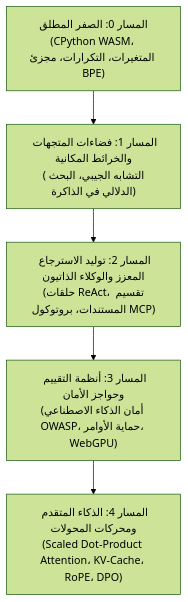
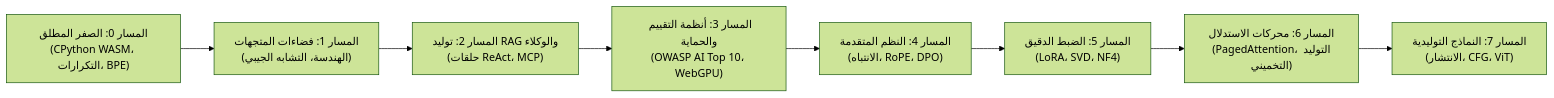
One commit to Adilrafiq001/OpenGuideForAI changed the diagram in docs/translations/README_ar.md. Above: the diagram before and after it, drawn with Mermaid (forest theme). The commit also changed other lines of this file and 45 other files, not shown here.

````diff
--- a/docs/translations/README_ar.md
+++ b/docs/translations/README_ar.md
@@ -100,10 +100,13 @@
 ```mermaid
-graph TD
-    T0["المسار 0: الصفر المطلق<br/>(CPython WASM، المتغيرات، التكرارات، مجزئ BPE)"]
-    T1["المسار 1: فضاءات المتجهات والخرائط المكانية<br/>(التشابه الجيبي، البحث الدلالي في الذاكرة)"]
-    T2["المسار 2: توليد الاسترجاع المعزز والوكلاء الذاتيون<br/>(حلقات ReAct، تقسيم المستندات، بروتوكول MCP)"]
-    T3["المسار 3: أنظمة التقييم وحواجز الأمان<br/>(أمان الذكاء الاصطناعي OWASP، حماية الأوامر، WebGPU)"]
-    T4["المسار 4: الذكاء المتقدم ومحركات المحولات<br/>(Scaled Dot-Product Attention، KV-Cache، RoPE، DPO)"]
+graph LR
+    T0["المسار 0: الصفر المطلق<br/>(CPython WASM، التكرارات، BPE)"]
+    T1["المسار 1: فضاءات المتجهات<br/>(الهندسة، التشابه الجيبي)"]
+    T2["المسار 2: توليد RAG والوكلاء<br/>(حلقات ReAct، MCP)"]
+    T3["المسار 3: أنظمة التقييم والحماية<br/>(OWASP AI Top 10، WebGPU)"]
+    T4["المسار 4: النظم المتقدمة<br/>(الانتباه، RoPE، DPO)"]
+    T5["المسار 5: الضبط الدقيق<br/>(LoRA، SVD، NF4)"]
+    T6["المسار 6: محركات الاستدلال<br/>(PagedAttention، التوليد التخميني)"]
+    T7["المسار 7: النماذج التوليدية<br/>(الانتشار، CFG، ViT)"]
 
-    T0 --> T1 --> T2 --> T3 --> T4
+    T0 --> T1 --> T2 --> T3 --> T4 --> T5 --> T6 --> T7
 ```
````
